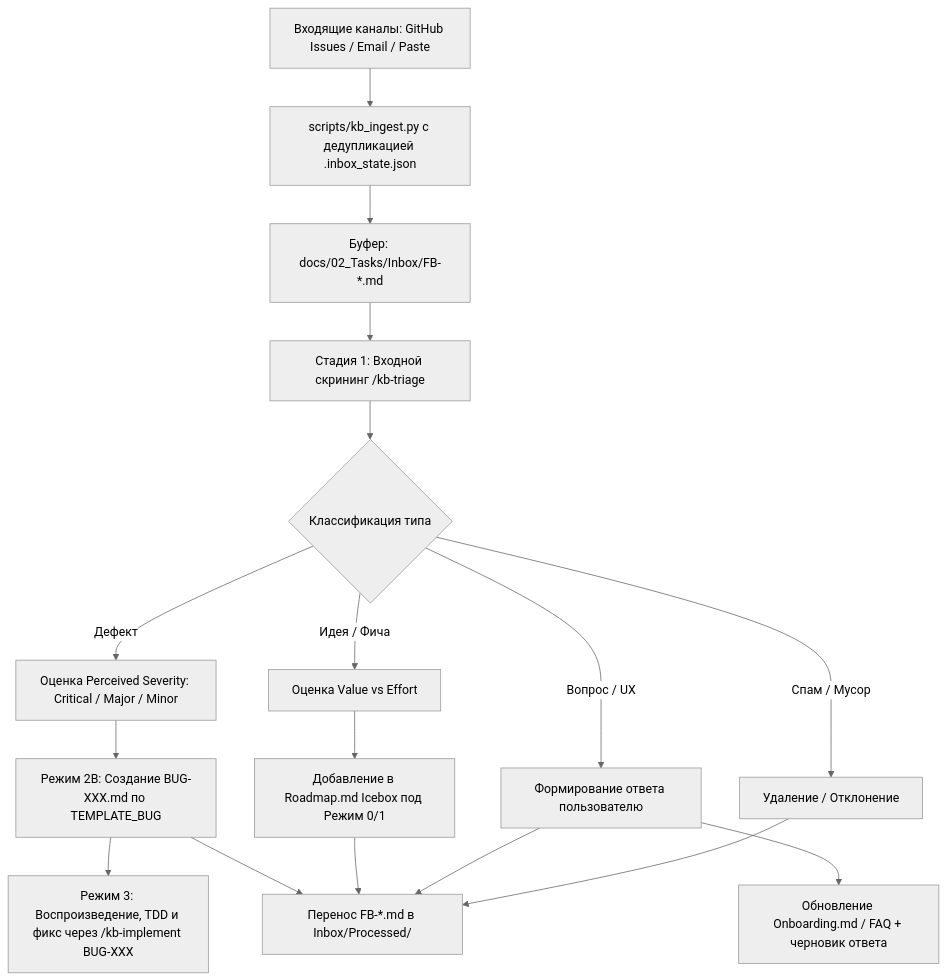
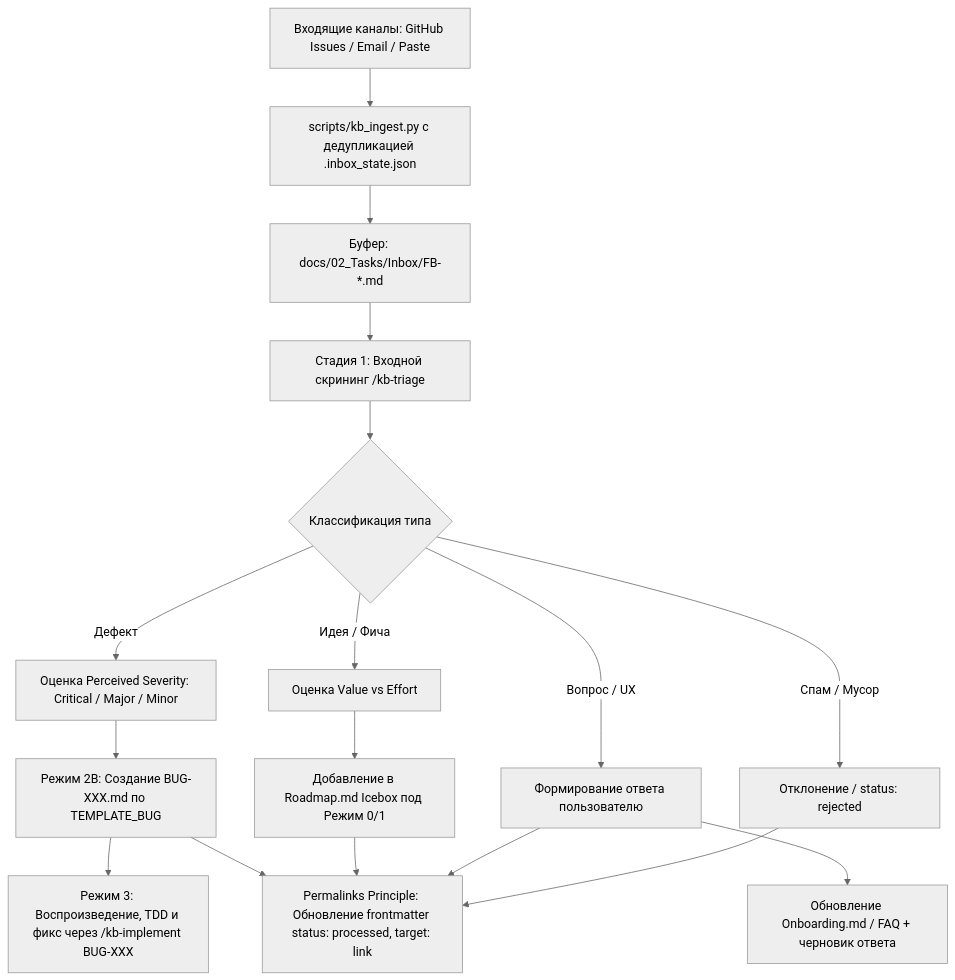
The diagram in docs/04_Research/RESEARCH-015-feedback-ingestion-channels-and-triage-heuristics.md (koudinie101-png/agent-docs-harness), drawn with Mermaid (neutral theme) before and after one commit. The commit also changed other lines of this file and 2 other files, not shown here.

````diff
--- a/docs/04_Research/RESEARCH-015-feedback-ingestion-channels-and-triage-heuristics.md
+++ b/docs/04_Research/RESEARCH-015-feedback-ingestion-channels-and-triage-heuristics.md
@@ -105,24 +116,24 @@
 ```mermaid
 flowchart TD
     Raw[Входящие каналы: GitHub Issues / Email / Paste] --> Ingest[scripts/kb_ingest.py с дедупликацией .inbox_state.json]
     Ingest --> Inbox[Буфер: docs/02_Tasks/Inbox/FB-*.md]
     
     Inbox --> Stage1[Стадия 1: Входной скрининг /kb-triage]
     Stage1 --> Classify{Классификация типа}
     
     Classify -->|Дефект| DefectBranch[Оценка Perceived Severity: Critical / Major / Minor]
     Classify -->|Идея / Фича| FeatureBranch[Оценка Value vs Effort]
     Classify -->|Вопрос / UX| SupportBranch[Формирование ответа пользователю]
-    Classify -->|Спам / Мусор| RejectBranch[Удаление / Отклонение]
+    Classify -->|Спам / Мусор| RejectBranch[Отклонение / status: rejected]
     
     DefectBranch --> BugSpec[Режим 2B: Создание BUG-XXX.md по TEMPLATE_BUG]
     BugSpec --> TDD[Режим 3: Воспроизведение, TDD и фикс через /kb-implement BUG-XXX]
     
     FeatureBranch --> Icebox[Добавление в Roadmap.md Icebox под Режим 0/1]
     SupportBranch --> DocUpdate[Обновление Onboarding.md / FAQ + черновик ответа]
     
-    BugSpec --> Archive[Перенос FB-*.md в Inbox/Processed/]
-    Icebox --> Archive
-    SupportBranch --> Archive
-    RejectBranch --> Archive
+    BugSpec --> Processed[Permalinks Principle: Обновление frontmatter status: processed, target: link]
+    Icebox --> Processed
+    SupportBranch --> Processed
+    RejectBranch --> Processed
 ```
````
